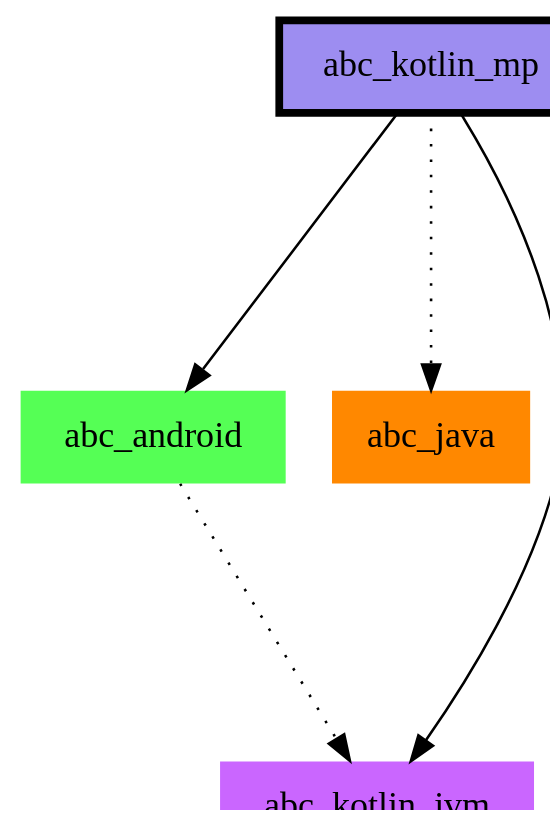
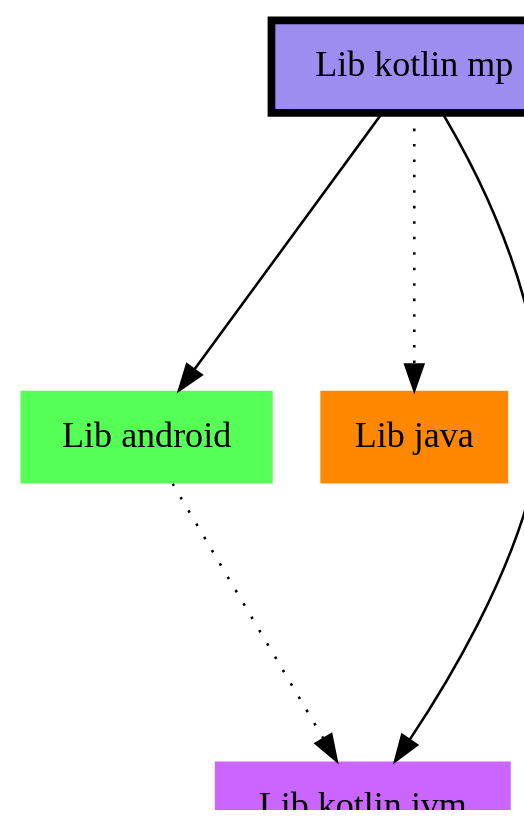
The diagram in sample/sample-lib-kotlin-mp/modules/modules.dot (jonapoul/atlas), drawn with Graphviz before and after one commit. The commit also changed 28 other files, not shown here.

```diff
--- a/sample/sample-lib-kotlin-mp/modules/modules.dot
+++ b/sample/sample-lib-kotlin-mp/modules/modules.dot
@@ -1,13 +1,13 @@
 digraph {
   edge ["arrowhead"="normal","arrowtail"="none"]
   graph ["dpi"="100","fontsize"="30","ranksep"="1.5","rankdir"="TB"]
   node ["style"="filled"]
-  "abc_android" ["fillcolor"="#55FF55","shape"="none"]
-  "abc_java" ["fillcolor"="#FF8800","shape"="none"]
-  "abc_kotlin_jvm" ["fillcolor"="#CA66FF","shape"="none"]
-  "abc_kotlin_mp" ["fillcolor"="#9D8DF1","color"="black","penwidth"="3","shape"="box"]
-  "abc_android" -> "abc_kotlin_jvm" ["style"="dotted"]
-  "abc_kotlin_mp" -> "abc_android"
-  "abc_kotlin_mp" -> "abc_java" ["style"="dotted"]
-  "abc_kotlin_mp" -> "abc_kotlin_jvm"
+  "Lib android" ["fillcolor"="#55FF55","shape"="none"]
+  "Lib java" ["fillcolor"="#FF8800","shape"="none"]
+  "Lib kotlin jvm" ["fillcolor"="#CA66FF","shape"="none"]
+  "Lib kotlin mp" ["fillcolor"="#9D8DF1","color"="black","penwidth"="3","shape"="box"]
+  "Lib android" -> "Lib kotlin jvm" ["style"="dotted"]
+  "Lib kotlin mp" -> "Lib android"
+  "Lib kotlin mp" -> "Lib java" ["style"="dotted"]
+  "Lib kotlin mp" -> "Lib kotlin jvm"
 }
```
